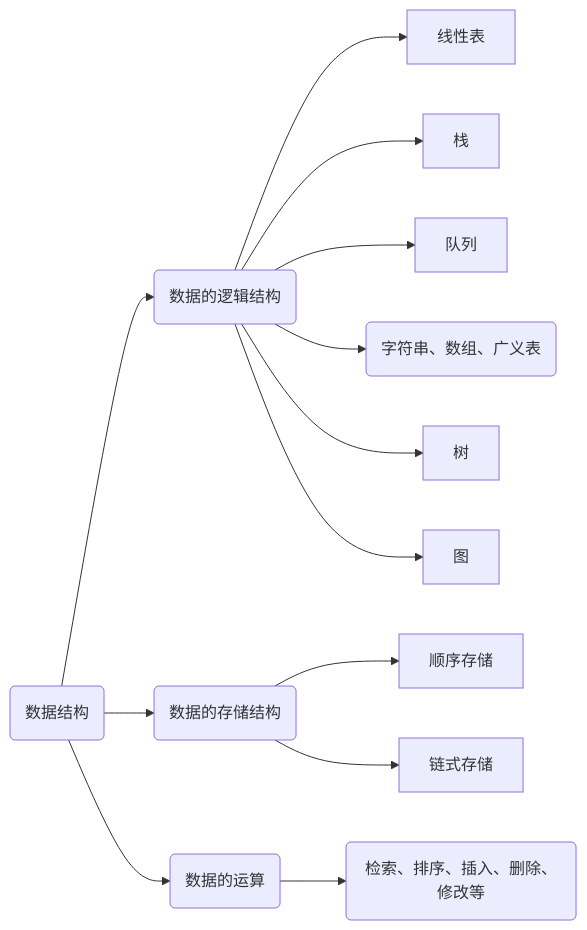
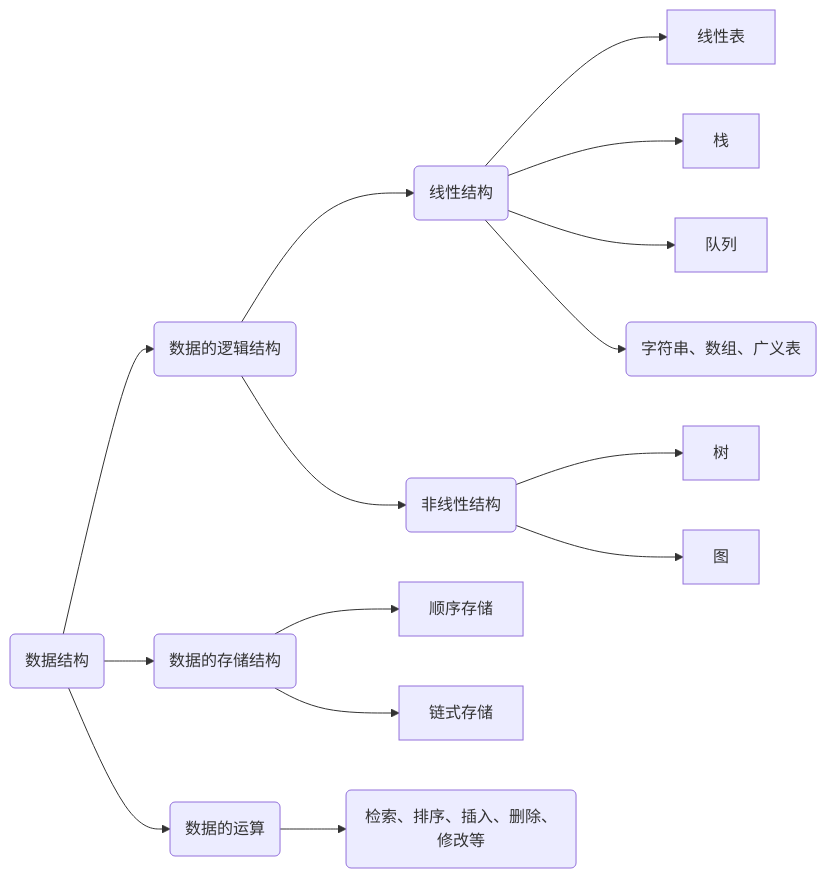
The first of 6 diagrams in source/_posts/Skill/数据结构/数据结构.md (prettywinter/prettywinter.github.io), drawn with Mermaid before and after one commit. The commit also changed 7 other files, not shown here.

````diff
--- a/source/_posts/Skill/数据结构/数据结构.md
+++ b/source/_posts/Skill/数据结构/数据结构.md
@@ -52,17 +52,20 @@
 ```mermaid
 graph LR
 data-structure(数据结构)--> logic-struct(数据的逻辑结构)
 
-   logic-struct(数据的逻辑结构) --> 线性表
-   logic-struct --> 栈
-   logic-struct --> 队列
-   logic-struct --> L("字符串、数组、广义表")
-   logic-struct --> 树
-   logic-struct --> 图
+   logic-struct(数据的逻辑结构) --> linear-struct(线性结构)
+   logic-struct(数据的逻辑结构) --> nonlinear-struct(非线性结构)
+
+   linear-struct --> 线性表
+   linear-struct --> 栈
+   linear-struct --> 队列
+   linear-struct --> L("字符串、数组、广义表")
+   nonlinear-struct --> 树
+   nonlinear-struct --> 图
 
 data-structure --> storage(数据的存储结构)
    storage --> 顺序存储
    storage --> 链式存储
 data-structure --> operation(数据的运算)
    operation --> O("检索、排序、插入、删除、修改等")
 ```
````
